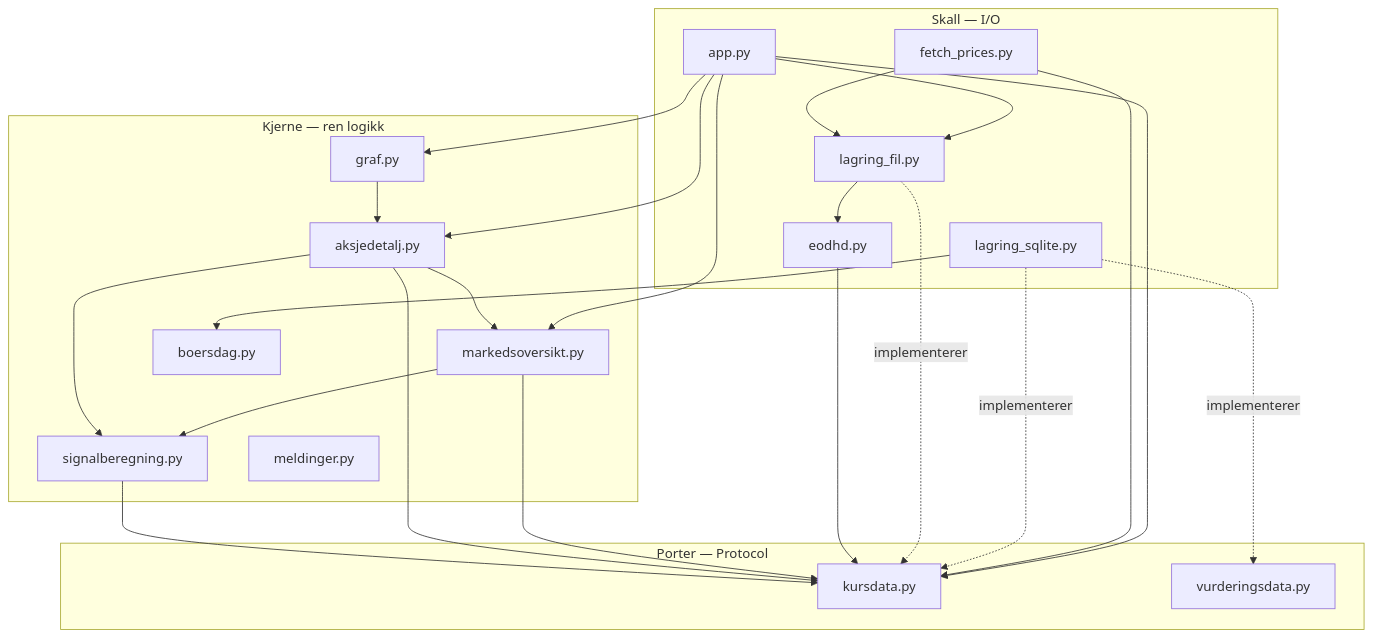
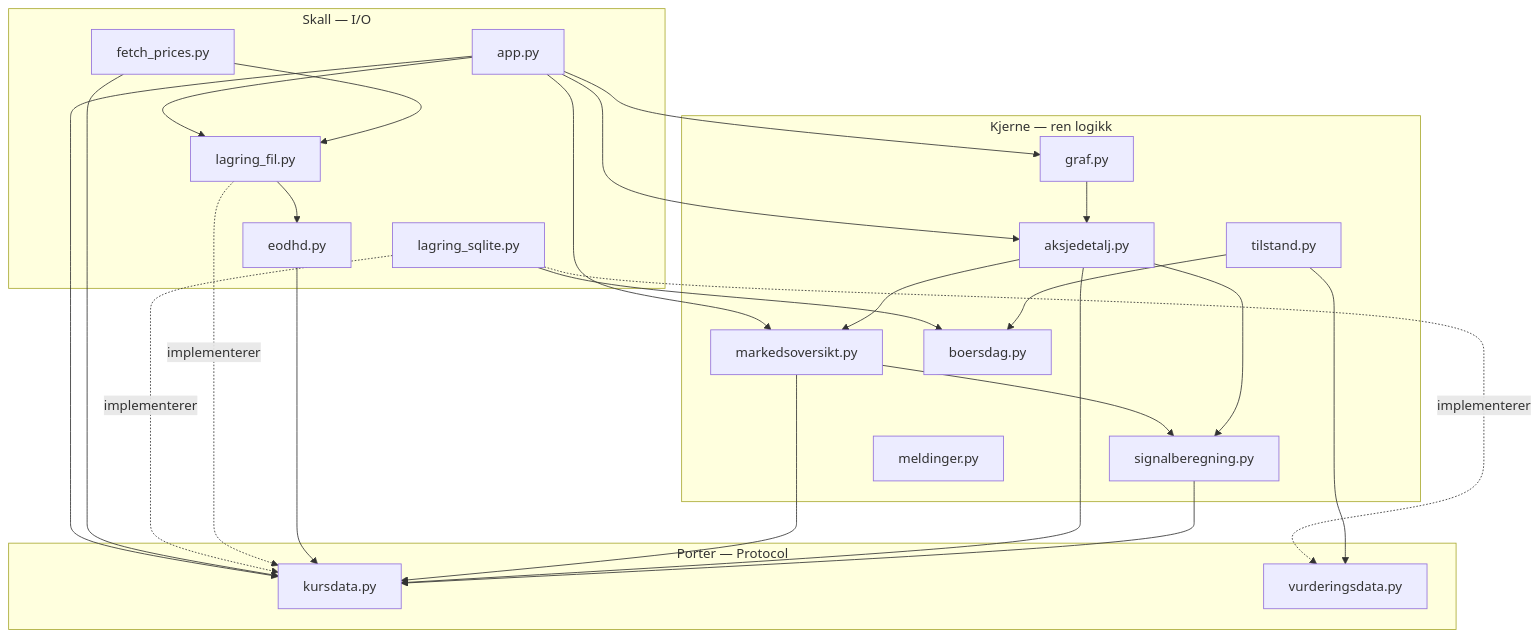
Before and after one commit to IBE160-2026/G74-lund-osen: the first of 3 diagrams in _bmad-output/planning-artifacts/architecture/architecture-G74-lund-osen-2026-09-22/ARCHITECTURE-SPINE.md, drawn with Mermaid. The commit also changed other lines of this file and 6 other files, not shown here.

````diff
--- a/_bmad-output/planning-artifacts/architecture/architecture-G74-lund-osen-2026-09-22/ARCHITECTURE-SPINE.md
+++ b/_bmad-output/planning-artifacts/architecture/architecture-G74-lund-osen-2026-09-22/ARCHITECTURE-SPINE.md
@@ -64,43 +65,46 @@
 ```mermaid
 graph TD
     subgraph skall["Skall — I/O"]
         app["app.py"]
         fetch["fetch_prices.py"]
         sqlite["lagring_sqlite.py"]
         fil["lagring_fil.py"]
         eodhd["eodhd.py"]
     end
     subgraph porter["Porter — Protocol"]
         kursdata["kursdata.py"]
         vurdering["vurderingsdata.py"]
     end
     subgraph kjerne["Kjerne — ren logikk"]
         marked["markedsoversikt.py"]
         detalj["aksjedetalj.py"]
         graf["graf.py"]
         signal["signalberegning.py"]
         meld["meldinger.py"]
         boersdag["boersdag.py"]
+        tilstand["tilstand.py"]
     end
 
     app --> marked
     app --> detalj
     app --> graf
     app --> kursdata
     app --> fil
     fetch --> kursdata
     fetch --> fil
     sqlite -. implementerer .-> kursdata
     sqlite -. implementerer .-> vurdering
     sqlite --> boersdag
+    tilstand --> boersdag
+    tilstand --> vurdering
     fil -. implementerer .-> kursdata
     fil --> eodhd
     eodhd --> kursdata
     marked --> signal
     marked --> kursdata
     detalj --> signal
     detalj --> marked
     detalj --> kursdata
     graf --> detalj
     signal --> kursdata
 ```
````
